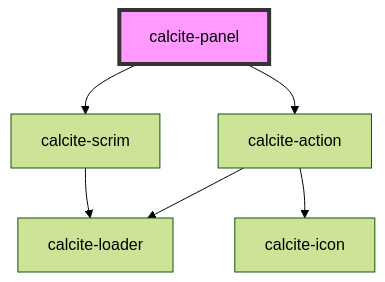
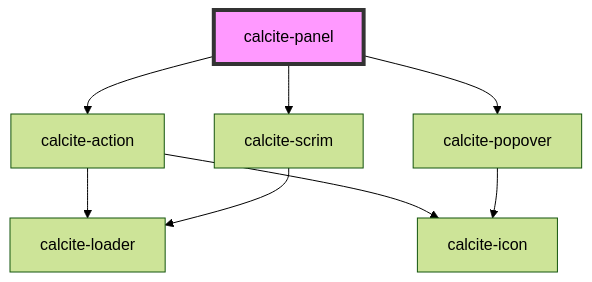
The diagram in src/components/calcite-panel/readme.md (vikivakarvc/calcite-design-system), drawn with Mermaid (forest theme) before and after one commit. The commit also changed other lines of this file and 29 other files, not shown here.

````diff
--- a/src/components/calcite-panel/readme.md
+++ b/src/components/calcite-panel/readme.md
@@ -129,9 +125,11 @@
 ```mermaid
 graph TD;
   calcite-panel --> calcite-action
+  calcite-panel --> calcite-popover
   calcite-panel --> calcite-scrim
   calcite-action --> calcite-loader
   calcite-action --> calcite-icon
+  calcite-popover --> calcite-icon
   calcite-scrim --> calcite-loader
   style calcite-panel fill:#f9f,stroke:#333,stroke-width:4px
 ```
````
